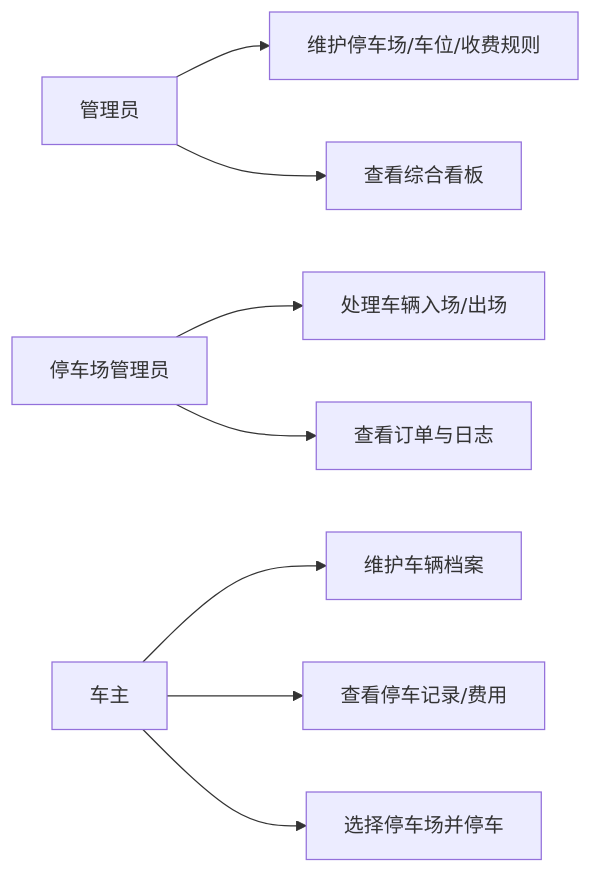
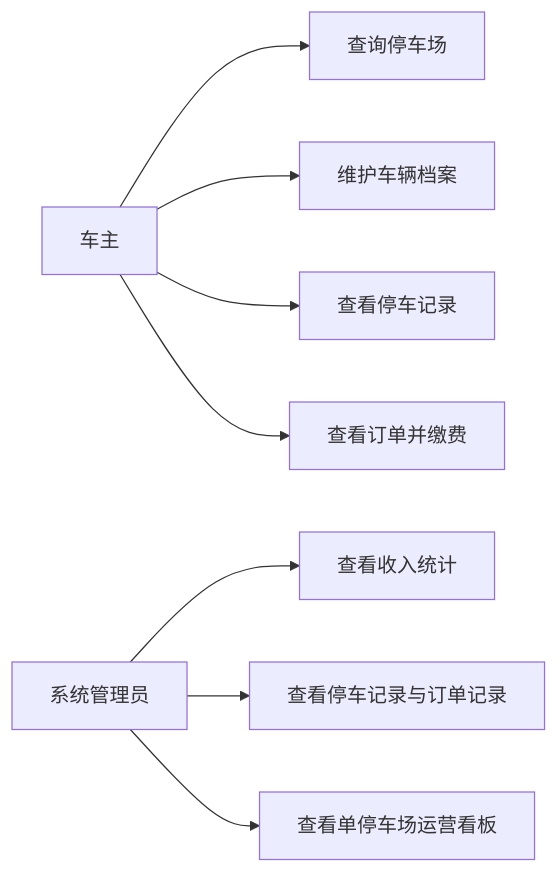
One commit to wiiiind/city-parking-resource-management-system changed the second of 7 diagrams in docs/技术文档.md. Above: the diagram before and after it, drawn with Mermaid. The commit also changed other lines of this file and 6 other files, not shown here.

Commit message:
Reshape owner and admin portals

````diff
--- a/docs/技术文档.md
+++ b/docs/技术文档.md
@@ -38,10 +38,10 @@
 ```mermaid
 flowchart LR
-    admin["管理员"] --> uc1["维护停车场/车位/收费规则"]
-    admin --> uc2["查看综合看板"]
-    lotManager["停车场管理员"] --> uc3["处理车辆入场/出场"]
-    lotManager --> uc4["查看订单与日志"]
-    owner["车主"] --> uc5["维护车辆档案"]
-    owner --> uc6["查看停车记录/费用"]
-    owner --> uc7["选择停车场并停车"]
+    owner["车主"] --> uc1["查询停车场"]
+    owner --> uc2["维护车辆档案"]
+    owner --> uc3["查看停车记录"]
+    owner --> uc4["查看订单并缴费"]
+    admin["系统管理员"] --> uc5["查看收入统计"]
+    admin --> uc6["查看停车记录与订单记录"]
+    admin --> uc7["查看单停车场运营看板"]
 ```
````
